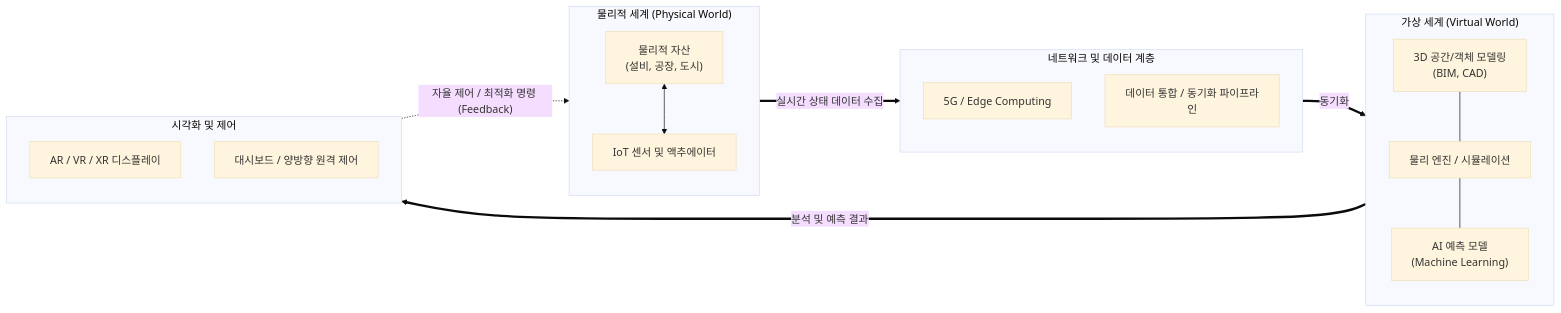
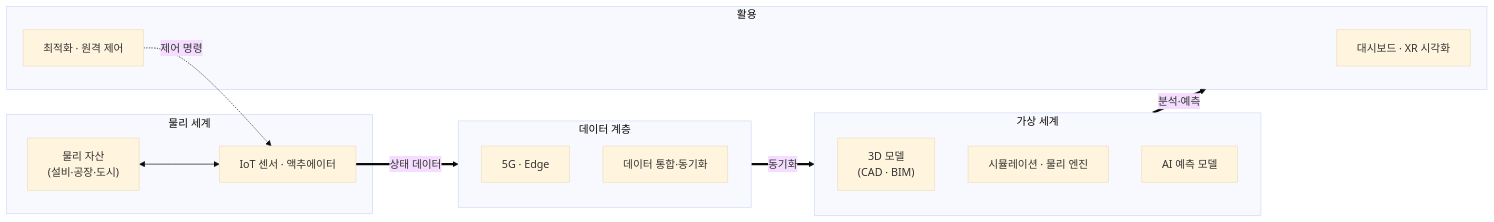
One commit to supremethumb/supremethumb.github.io changed the diagram in content/01_IT Tech/디지털 트윈.md. Above: the diagram before and after it, drawn with Mermaid (base theme). The commit also changed other lines of this file and 1087 other files, not shown here.

````diff
--- a/content/01_IT Tech/디지털 트윈.md
+++ b/content/01_IT Tech/디지털 트윈.md
@@ -26,35 +35,25 @@
 ```mermaid
 flowchart LR
-    subgraph Physical_World ["물리적 세계 (Physical World)"]
-        direction TB
-        Asset["물리적 자산<br/>(설비, 공장, 도시)"]
-        Sensor["IoT 센서 및 액추에이터"]
+    subgraph Physical ["물리 세계"]
+        Asset["물리 자산<br/>(설비·공장·도시)"]
+        Sensor["IoT 센서 · 액추에이터"]
         Asset <--> Sensor
     end
-
-    subgraph Data_Link ["네트워크 및 데이터 계층"]
-        direction TB
-        IoT["5G / Edge Computing"]
-        API["데이터 통합 / 동기화 파이프라인"]
+    subgraph Link ["데이터 계층"]
+        Net["5G · Edge"]
+        Pipe["데이터 통합·동기화"]
     end
-
-    subgraph Virtual_World ["가상 세계 (Virtual World)"]
-        direction TB
-        Model["3D 공간/객체 모델링<br/>(BIM, CAD)"]
-        Engine["물리 엔진 / 시뮬레이션"]
-        AI["AI 예측 모델<br/>(Machine Learning)"]
-        
-        Model --- Engine --- AI
+    subgraph Virtual ["가상 세계"]
+        Model["3D 모델<br/>(CAD · BIM)"]
+        Sim["시뮬레이션 · 물리 엔진"]
+        AI["AI 예측 모델"]
     end
-
-    subgraph Output ["시각화 및 제어"]
-        XR["AR / VR / XR 디스플레이"]
-        Control["대시보드 / 양방향 원격 제어"]
+    subgraph Out ["활용"]
+        Vis["대시보드 · XR 시각화"]
+        Ctrl["최적화 · 원격 제어"]
     end
-
-    Sensor ==>|실시간 상태 데이터 수집| Data_Link
-    Data_Link ==>|동기화| Virtual_World
-    Virtual_World ==>|분석 및 예측 결과| Output
-    Output -.->|"자율 제어 / 최적화 명령 (Feedback)"| Sensor
-
+    Sensor ==>|"상태 데이터"| Link
+    Link ==>|"동기화"| Virtual
+    Virtual ==>|"분석·예측"| Out
+    Ctrl -.->|"제어 명령"| Sensor
 ```
````
